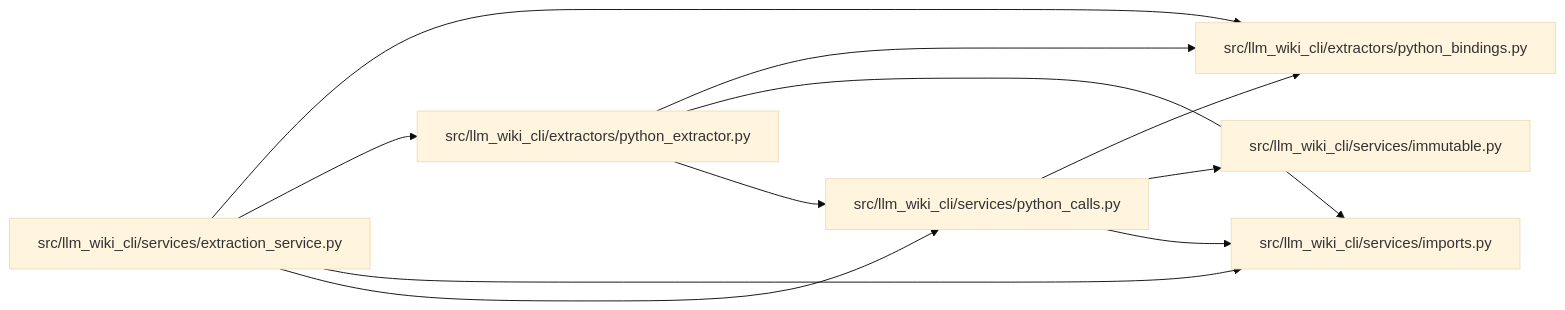
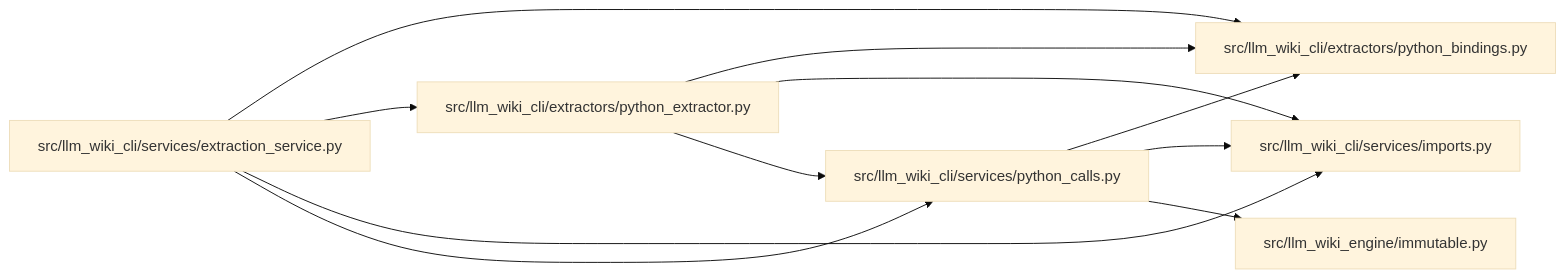
One commit to Denissvgn/python-wiki-llm changed the diagram in docs/llm_wiki/modules/python_calls.md. Above: the diagram before and after it, drawn with Mermaid (base theme). The commit also changed other lines of this file and 1103 other files, not shown here.

First line of the commit message:
docs: refresh the wiki for the llm-wiki-engine distribution

````diff
--- a/docs/llm_wiki/modules/python_calls.md
+++ b/docs/llm_wiki/modules/python_calls.md
@@ -31,25 +31,25 @@
 ```mermaid
 flowchart LR
     n0["src/llm_wiki_cli/extractors/python_bindings.py"]
     n1["src/llm_wiki_cli/extractors/python_extractor.py"]
     n2["src/llm_wiki_cli/services/extraction_service.py"]
-    n3["src/llm_wiki_cli/services/immutable.py"]
-    n4["src/llm_wiki_cli/services/imports.py"]
-    n5["src/llm_wiki_cli/services/python_calls.py"]
+    n3["src/llm_wiki_cli/services/imports.py"]
+    n4["src/llm_wiki_cli/services/python_calls.py"]
+    n5["src/llm_wiki_engine/immutable.py"]
     n1 --> n0
+    n1 --> n3
     n1 --> n4
-    n1 --> n5
     n2 --> n0
     n2 --> n1
+    n2 --> n3
     n2 --> n4
-    n2 --> n5
-    n5 --> n0
-    n5 --> n3
-    n5 --> n4
+    n4 --> n0
+    n4 --> n3
+    n4 --> n5
     click n0 "../modules/python_bindings.md"
     click n1 "../modules/python_extractor.md"
     click n2 "../modules/extraction_service.md"
-    click n3 "../modules/immutable.md"
-    click n4 "../modules/imports.md"
-    click n5 "../modules/python_calls.md"
+    click n3 "../modules/imports.md"
+    click n4 "../modules/python_calls.md"
+    click n5 "../modules/immutable.md"
 ```
````
